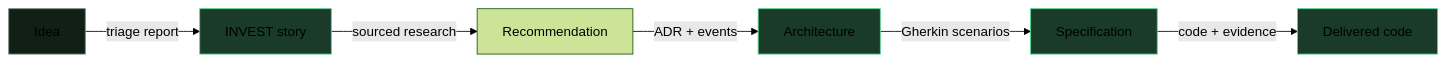
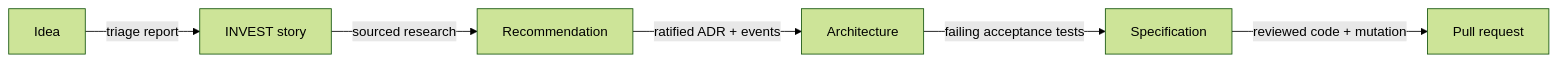
Before and after one commit to SebastienDegodez/skraft-plugin: the diagram in docs/site/en/explanation/pipeline/fil-rouge.md, drawn with Mermaid (forest theme). The commit also changed other lines of this file and 17 other files, not shown here.

````diff
--- a/docs/site/en/explanation/pipeline/fil-rouge.md
+++ b/docs/site/en/explanation/pipeline/fil-rouge.md
@@ -27,13 +27,8 @@
 ```mermaid
 graph LR
     A[Idea] -->|triage report| B[INVEST story]
     B -->|sourced research| R[Recommendation]
-    R -->|ADR + events| C[Architecture]
-    C -->|Gherkin scenarios| D[Specification]
-    D -->|code + evidence| E[Delivered code]
-    style A fill:#102016,stroke:#6f8478
-    style B fill:#1a3a2a,stroke:#4ed58a
-    style C fill:#1a3a2a,stroke:#4ed58a
-    style D fill:#1a3a2a,stroke:#4ed58a
-    style E fill:#1a3a2a,stroke:#4ed58a
+    R -->|ratified ADR + events| C[Architecture]
+    C -->|failing acceptance tests| D[Specification]
+    D -->|reviewed code + mutation| E[Pull request]
 ```
````
